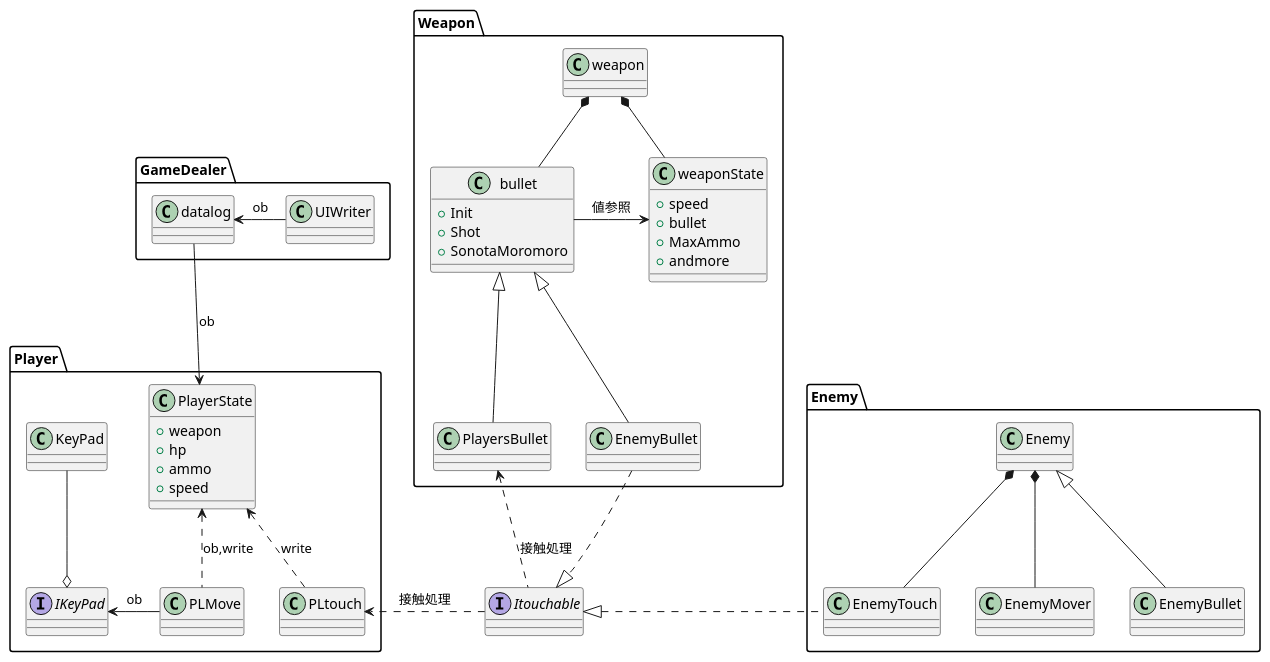
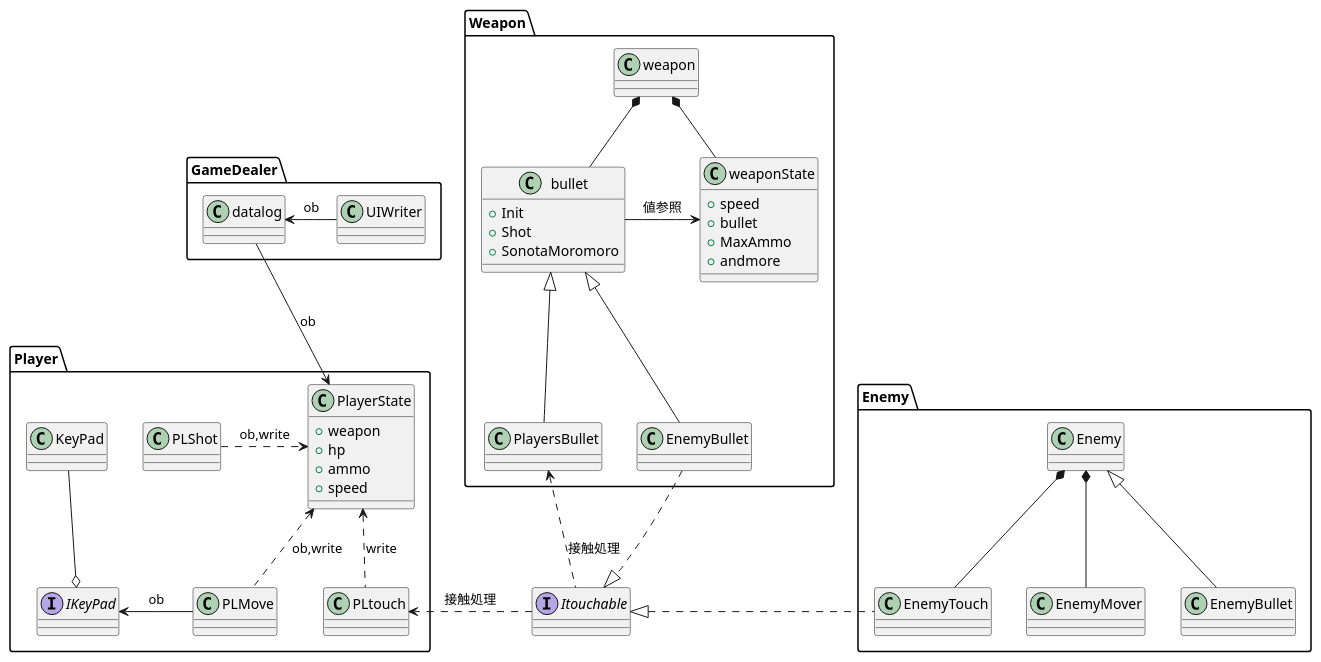
The diagram in Assets/Script/ClassDesign.pu (hitoiki/UnityRoomShooting), drawn with PlantUML before and after one commit. The commit also changed 64 other files, not shown here.

```diff
--- a/Assets/Script/ClassDesign.pu
+++ b/Assets/Script/ClassDesign.pu
@@ -1,78 +1,80 @@
 @startuml クラス図
 
 
 package Player{
 class PlayerState{
 +weapon
 +hp
 +ammo
 +speed
 }
 
 class PLMove
+class PLShot
 class PLtouch
 
 interface IKeyPad
 class KeyPad
 
 KeyPad --o IKeyPad
 IKeyPad <- PLMove : ob
+PlayerState <.left. PLShot : ob,write
 PlayerState <.. PLMove : ob,write
 PlayerState <.. PLtouch : write
 }
 
 interface Itouchable
 Itouchable .> PLtouch : 接触処理
 
 
 package Weapon{
     class weapon
     
     class bullet{
         +Init
         +Shot
         +SonotaMoromoro
     }
     
     class weaponState{
         +speed
         +bullet
         +MaxAmmo
         +andmore
     }
 
     class PlayersBullet
     weapon *-- bullet
     weapon *-- weaponState
     weaponState<-left- bullet : 値参照
     bullet <|-- EnemyBullet
     Itouchable <|.Up. EnemyBullet
     bullet <|-- PlayersBullet
     Itouchable .Up.> PlayersBullet :接触処理 
 
 }
 
 
 
 package Enemy{
     class EnemyMover
     class EnemyTouch
     class Enemy
     class EnemyBullet
 
     Enemy *-- EnemyTouch
     Enemy *-- EnemyMover
     Itouchable <|. EnemyTouch
     Enemy <|-- EnemyBullet 
 }
 
 package GameDealer{
     class datalog
     class UIWriter
 
     PlayerState <-Up- datalog : ob
     datalog <- UIWriter : ob
 
 }
 
 @enduml
```
